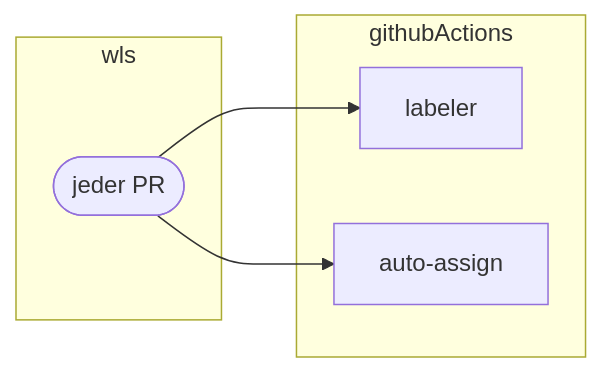
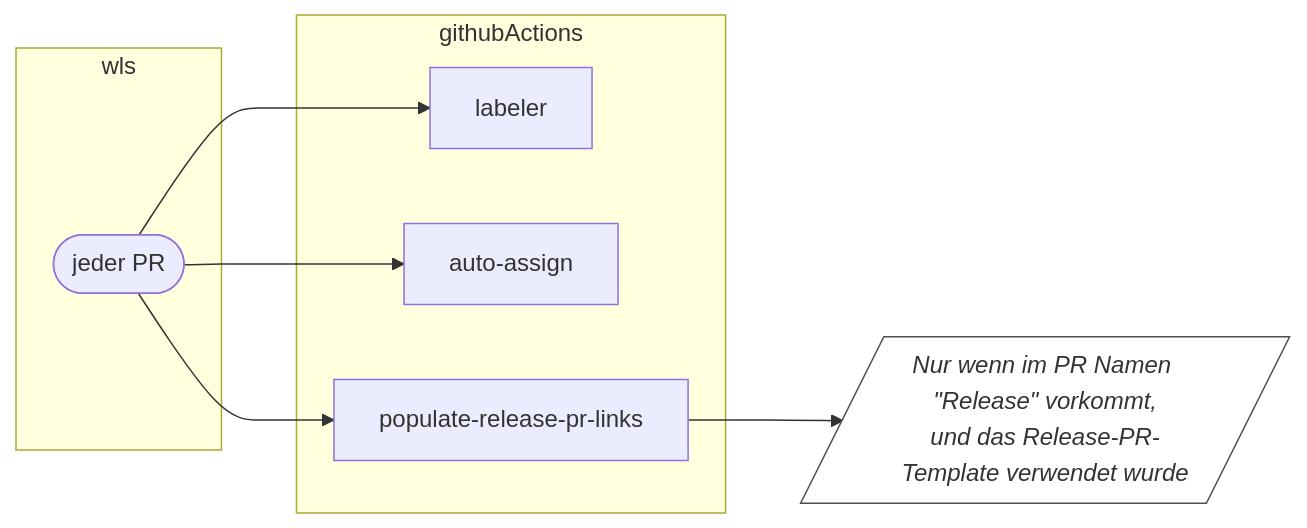
The second of 12 diagrams in docs/src/technik/ecosystem/workflowsAndArtifacts/relations.md (it-at-m/Wahllokalsystem), drawn with Mermaid before and after one commit. The commit also changed 4 other files, not shown here.

````diff
--- a/docs/src/technik/ecosystem/workflowsAndArtifacts/relations.md
+++ b/docs/src/technik/ecosystem/workflowsAndArtifacts/relations.md
@@ -20,13 +20,19 @@
 ```mermaid
 flowchart LR
     subgraph wls
         anyPR([jeder PR])
     end
 
     subgraph githubActions
        labeler 
        auto-assign
+       populate-release-pr-links
     end
     anyPR --> labeler
     anyPR --> auto-assign
+    anyPR --> populate-release-pr-links
+    populate-release-pr-links --> note[/Nur wenn im PR Namen "Release" vorkommt,<br/>und das Release-PR-Template verwendet wurde/] 
+    
+    classDef text fill:#ffffff,font-style:italic,stroke:#4f4f4f
+    class note text
 ```
````
